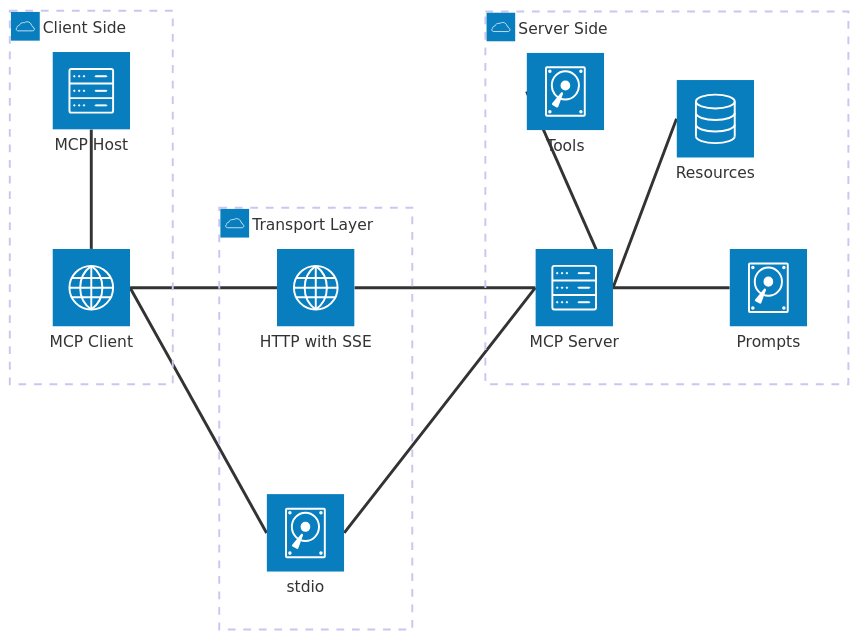
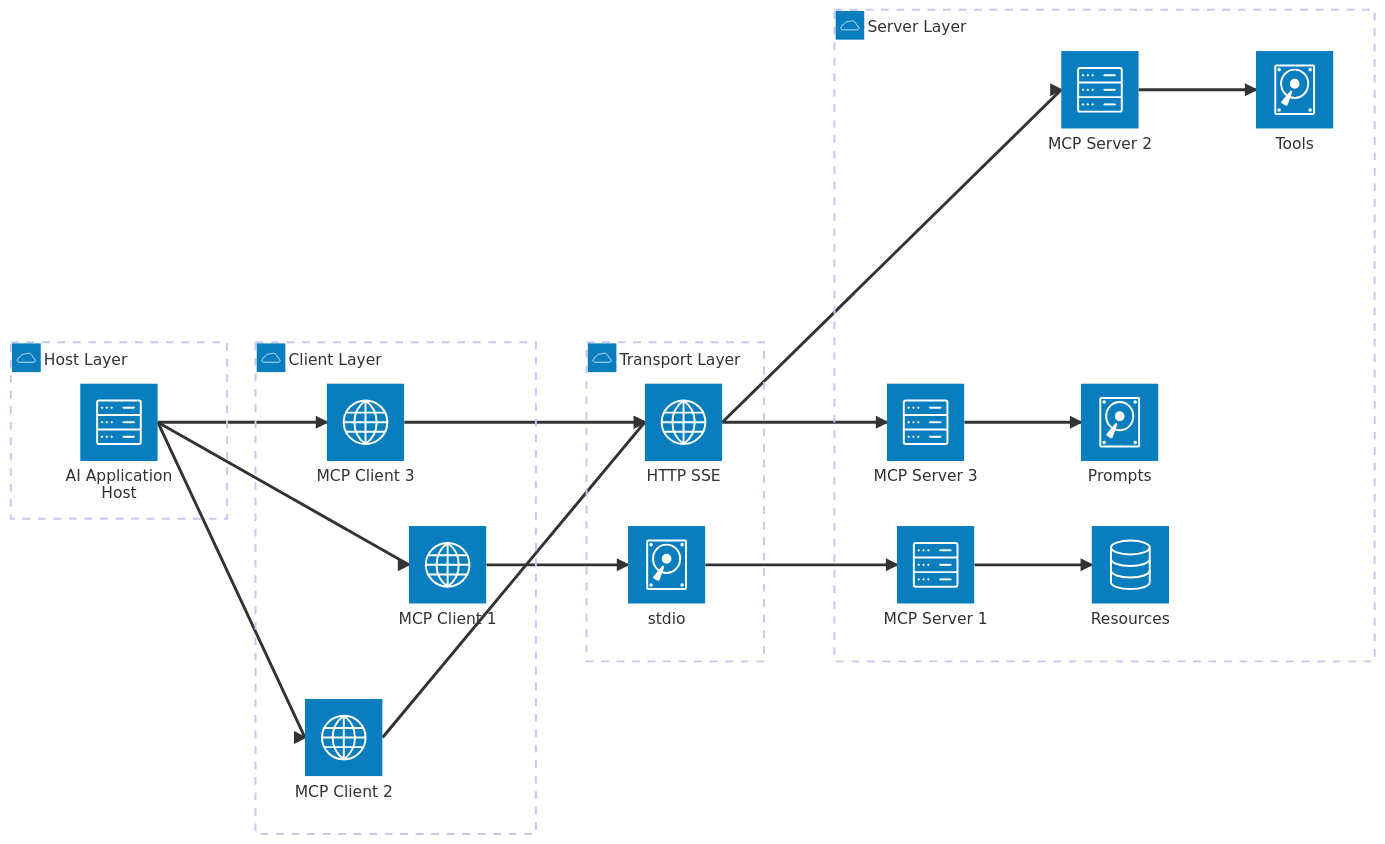
Before and after one commit to dreamer-zq/Obsidian-vault: the first of 2 diagrams in 01-Notes/AI/MCP.md, drawn with Mermaid. The commit also changed other lines of this file, not shown here.

First line of the commit message:
docs(AI/MCP): 更新MCP协议文档，补充三层架构和核心能力说明

````diff
--- a/01-Notes/AI/MCP.md
+++ b/01-Notes/AI/MCP.md
@@ -27,29 +38,40 @@
 ```mermaid
 architecture-beta
-    group client_side(cloud)[Client Side]
+    group host_layer(cloud)[Host Layer]
+    group client_layer(cloud)[Client Layer]
     group transport_layer(cloud)[Transport Layer]
-    group server_side(cloud)[Server Side]
+    group server_layer(cloud)[Server Layer]
 
-    service app(server)[MCP Host] in client_side
-    service client(internet)[MCP Client] in client_side
+    service ai_app(server)[AI Application Host] in host_layer
     
-    service stdio_transport(disk)[stdio] in transport_layer
-    service http_transport(internet)[HTTP with SSE] in transport_layer
+    service client1(internet)[MCP Client 1] in client_layer
+    service client2(internet)[MCP Client 2] in client_layer
+    service client3(internet)[MCP Client 3] in client_layer
     
-    service server(server)[MCP Server] in server_side
-    service resources(database)[Resources] in server_side
-    service tools(disk)[Tools] in server_side
-    service prompts(disk)[Prompts] in server_side
+    service stdio(disk)[stdio] in transport_layer
+    service http(internet)[HTTP SSE] in transport_layer
+    
+    service server1(server)[MCP Server 1] in server_layer
+    service server2(server)[MCP Server 2] in server_layer
+    service server3(server)[MCP Server 3] in server_layer
+    
+    service resources(database)[Resources] in server_layer
+    service tools(disk)[Tools] in server_layer
+    service prompts(disk)[Prompts] in server_layer
 
-    app:B -- T:client
+    ai_app:R --> L:client1
+    ai_app:R --> L:client2
+    ai_app:R --> L:client3
     
-    client:R -- L:stdio_transport
-    client:R -- L:http_transport
+    client1:R --> L:stdio
+    client2:R --> L:http
+    client3:R --> L:http
     
-    stdio_transport:R -- L:server
-    http_transport:R -- L:server
+    stdio:R --> L:server1
+    http:R --> L:server2
+    http:R --> L:server3
     
-    server:R -- L:resources
-    server:R -- L:tools
-    server:R -- L:prompts
+    server1:R --> L:resources
+    server2:R --> L:tools
+    server3:R --> L:prompts
 ```
````
